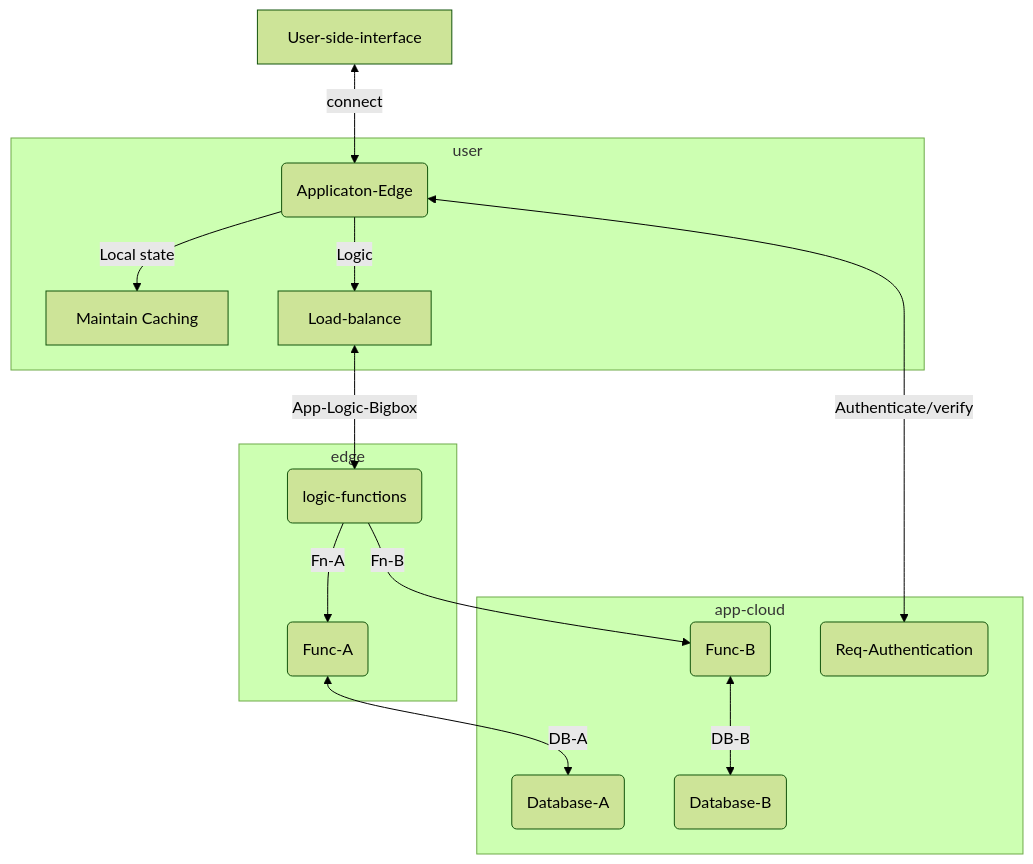
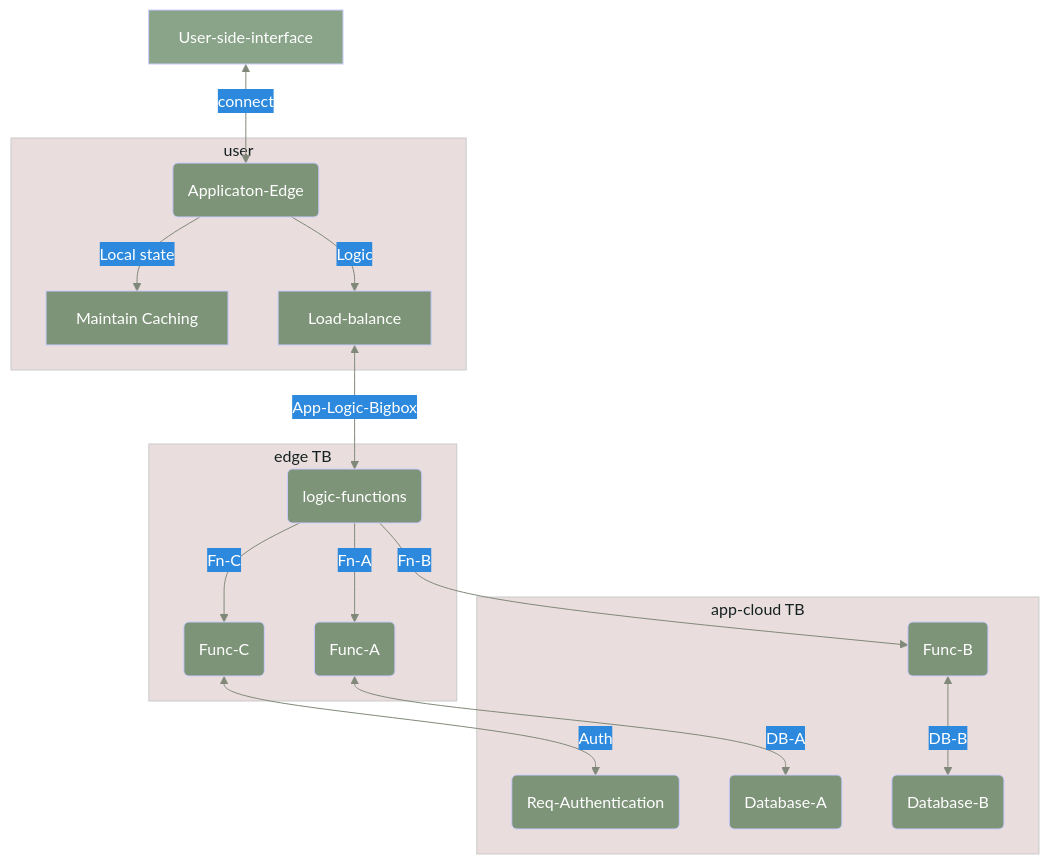
One commit to kiranmak/sysarch changed the diagram in _posts/2023-12-17-roadmap.md. Above: the diagram before and after it, drawn with Mermaid.

```diff
--- a/_posts/2023-12-17-roadmap.md
+++ b/_posts/2023-12-17-roadmap.md
@@ -16,20 +16,33 @@
 <div class="mermaid">
-%%{init:{'theme':'forest'}}%%
+%%{
+  init: {
+    'theme': 'base',
+    'themeVariables': {
+    'primaryColor': '#2528',
+    'primaryTextColor': '#fff',
+    'primaryBorderColor': '#CCFF',
+    'lineColor': '#808979',
+    'secondaryColor': '#2C89DD',
+    'tertiaryColor': '#e9dddd'
+    }
+  }
+}%%
 
 flowchart TB
     A[User-side-interface] <-->| connect| B(Applicaton-Edge)
   subgraph user
     B -->|Local state| D[Maintain Caching]
     B -->|Logic| E[Load-balance]
   end
-  subgraph edge
+  subgraph edge TB
     E <-->|App-Logic-Bigbox| F(logic-functions)
     F--> | Fn-A| G(Func-A)
+    F--> | Fn-C| C(Func-C)
   end
-  subgraph app-cloud
-    B<--> |Authenticate/verify| C(Req-Authentication)
+  subgraph app-cloud TB
     F--> | Fn-B| H(Func-B)
+    C<--> |Auth| R(Req-Authentication)
     G<--> | DB-A| I(Database-A)
     H<--> | DB-B| J(Database-B)
   end
 </div>
```
